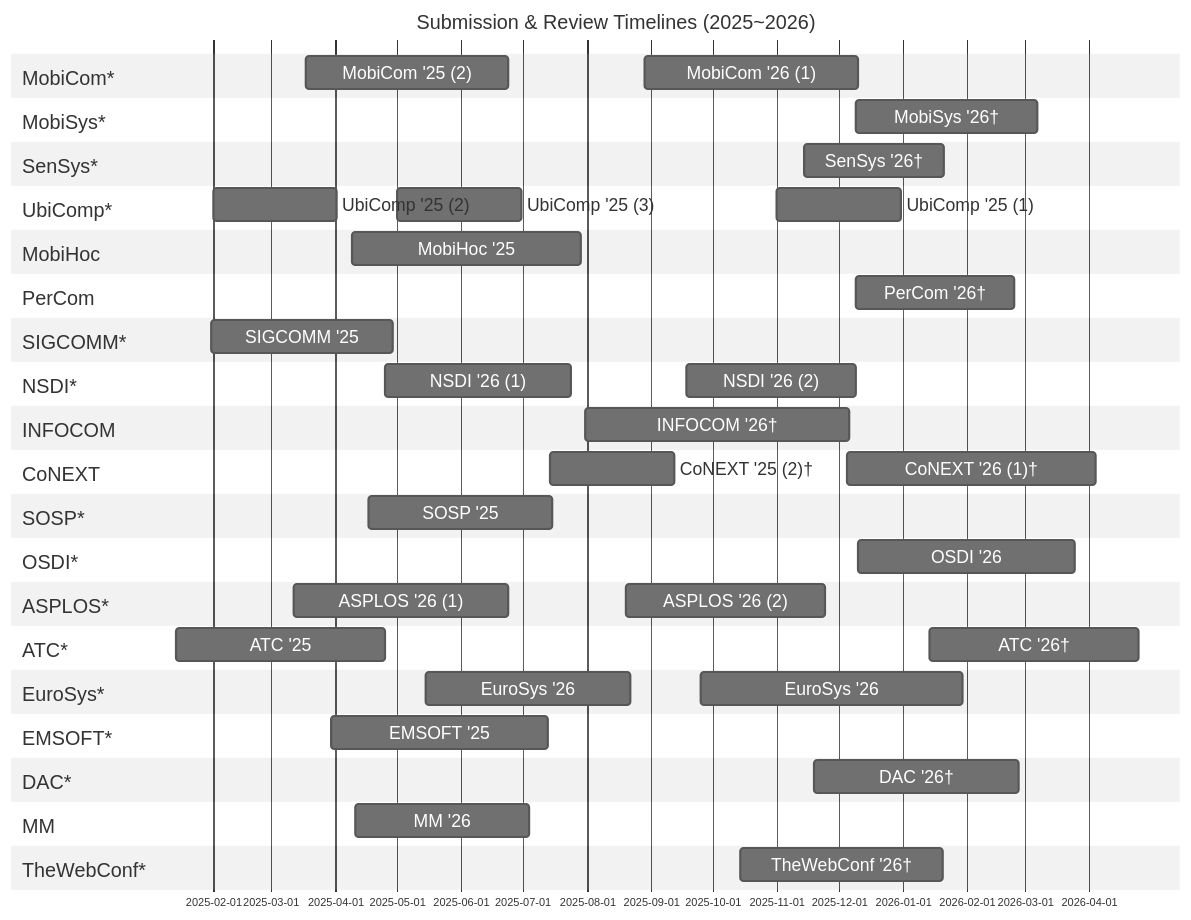
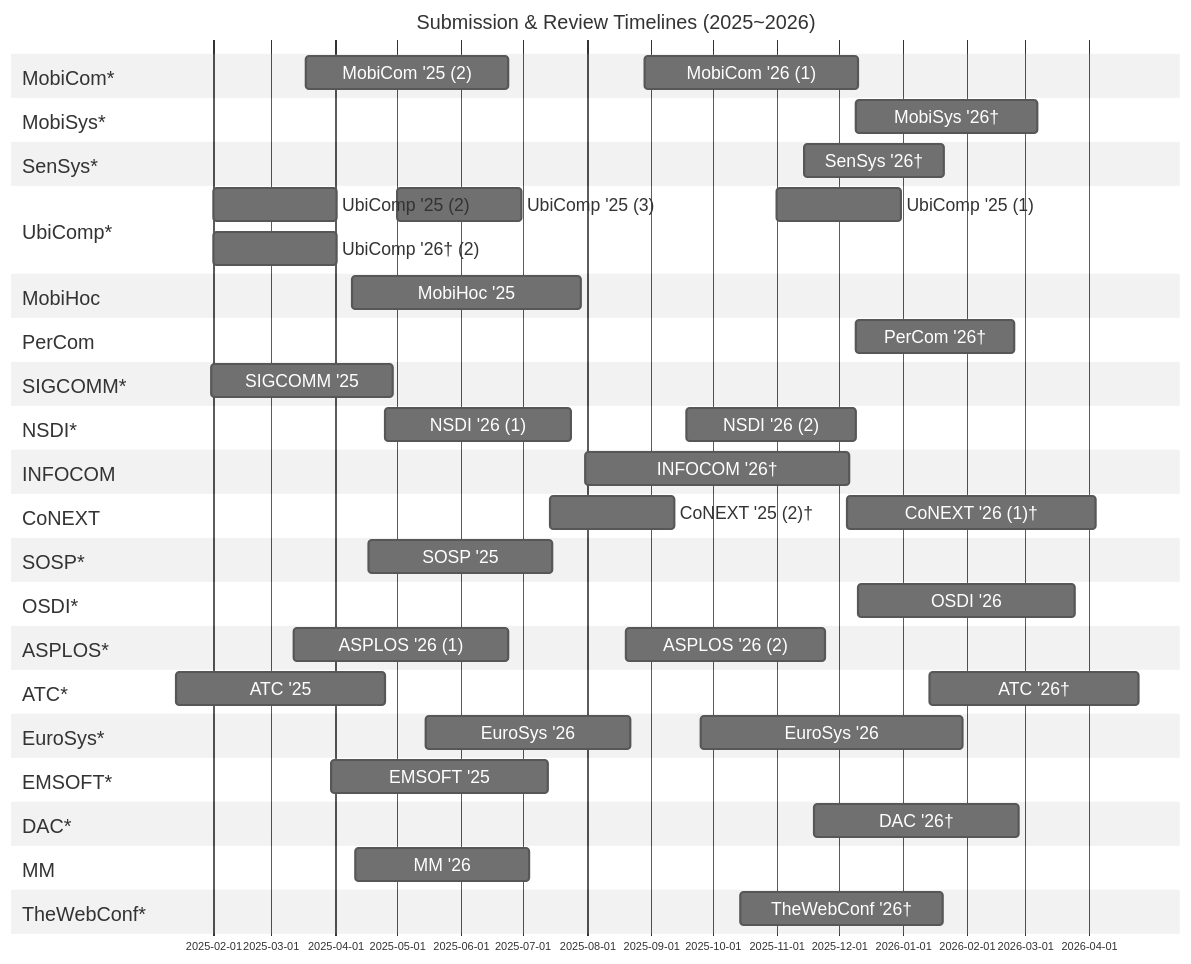
The diagram in README.md (iamseonghoon/Mobile-Systems-Conference-Timelines), drawn with Mermaid before and after one commit.

```diff
--- a/README.md
+++ b/README.md
@@ -36,9 +36,10 @@
     SenSys '26† :sensys-review, 2025-11-14, 68d
 
     section UbiComp*
-    UbiComp '25 (2) :ubicomp-review3, 2025-02-01, 60d
-    UbiComp '25 (3) :ubicomp-review2, 2025-05-01, 60d
-    UbiComp '25 (1) :ubicomp-review1, 2025-11-01, 60d
+    UbiComp '25 (2) :ubicomp25-review3, 2025-02-01, 60d
+    UbiComp '25 (3) :ubicomp25-review2, 2025-05-01, 60d
+    UbiComp '25 (1) :ubicomp25-review1, 2025-11-01, 60d
+    UbiComp '26† (2) :ubicomp26-review3, 2025-02-01, 60d
 
     section MobiHoc
     MobiHoc '25 :mobihoc-review, 2025-04-09, 111d
```
